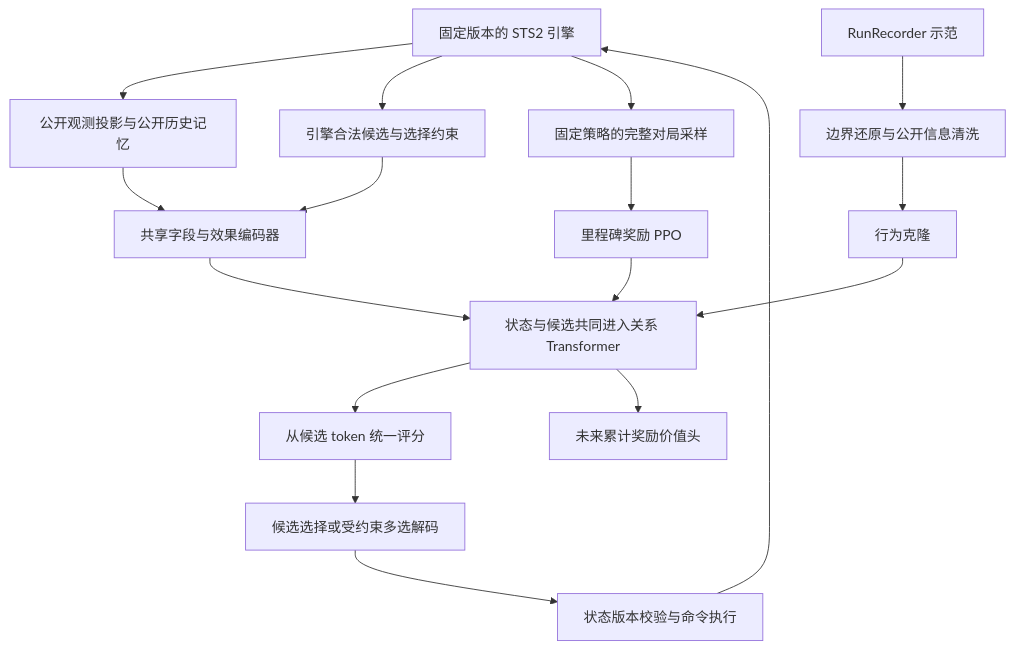
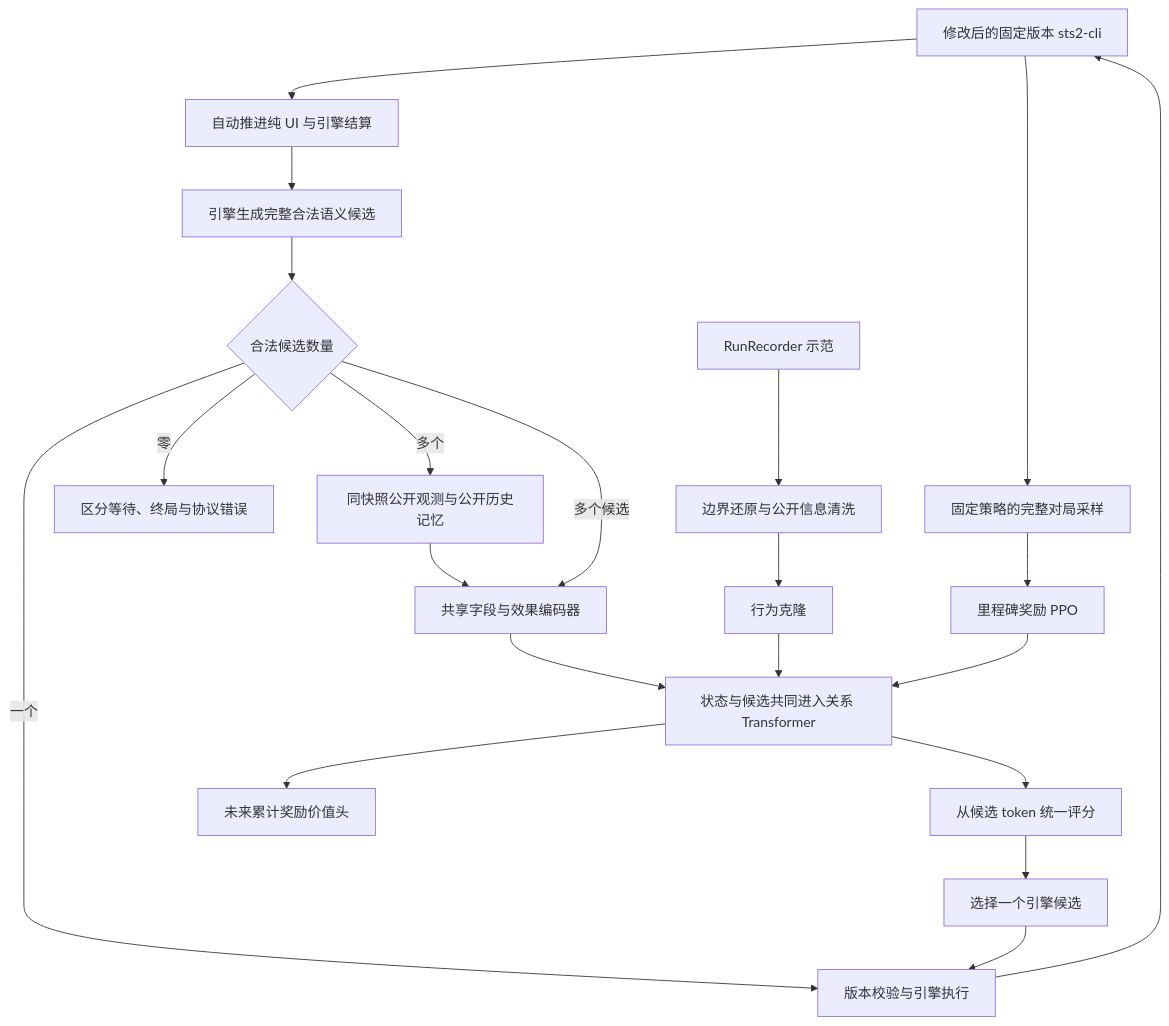
One commit to Nastu-Koi/Spire-model changed the diagram in ARCHITECTURE.md. Above: the diagram before and after it, drawn with Mermaid. The commit also changed other lines of this file, not shown here.

````diff
--- a/ARCHITECTURE.md
+++ b/ARCHITECTURE.md
@@ -13,19 +13,23 @@
 ```mermaid
 flowchart TD
-    E[固定版本的 STS2 引擎] --> P[公开观测投影与公开历史记忆]
-    E --> A[引擎合法候选与选择约束]
+    E[修改后的固定版本 sts2-cli] --> R0[自动推进纯 UI 与引擎结算]
+    R0 --> A[引擎生成完整合法语义候选]
+    A --> G{合法候选数量}
+    G -->|一个| C[版本校验与引擎执行]
+    G -->|多个| P[同快照公开观测与公开历史记忆]
+    G -->|零| Z[区分等待、终局与协议错误]
     P --> X[共享字段与效果编码器]
-    A --> X
+    G -->|多个候选| X
     X --> T[状态与候选共同进入关系 Transformer]
     T --> S[从候选 token 统一评分]
     T --> V[未来累计奖励价值头]
-    S --> D[候选选择或受约束多选解码]
-    D --> C[状态版本校验与命令执行]
+    S --> D[选择一个引擎候选]
+    D --> C
     C --> E
     R[RunRecorder 示范] --> N[边界还原与公开信息清洗]
     N --> B[行为克隆]
     E --> O[固定策略的完整对局采样]
     O --> U[里程碑奖励 PPO]
     B --> T
     U --> T
 ```
````
